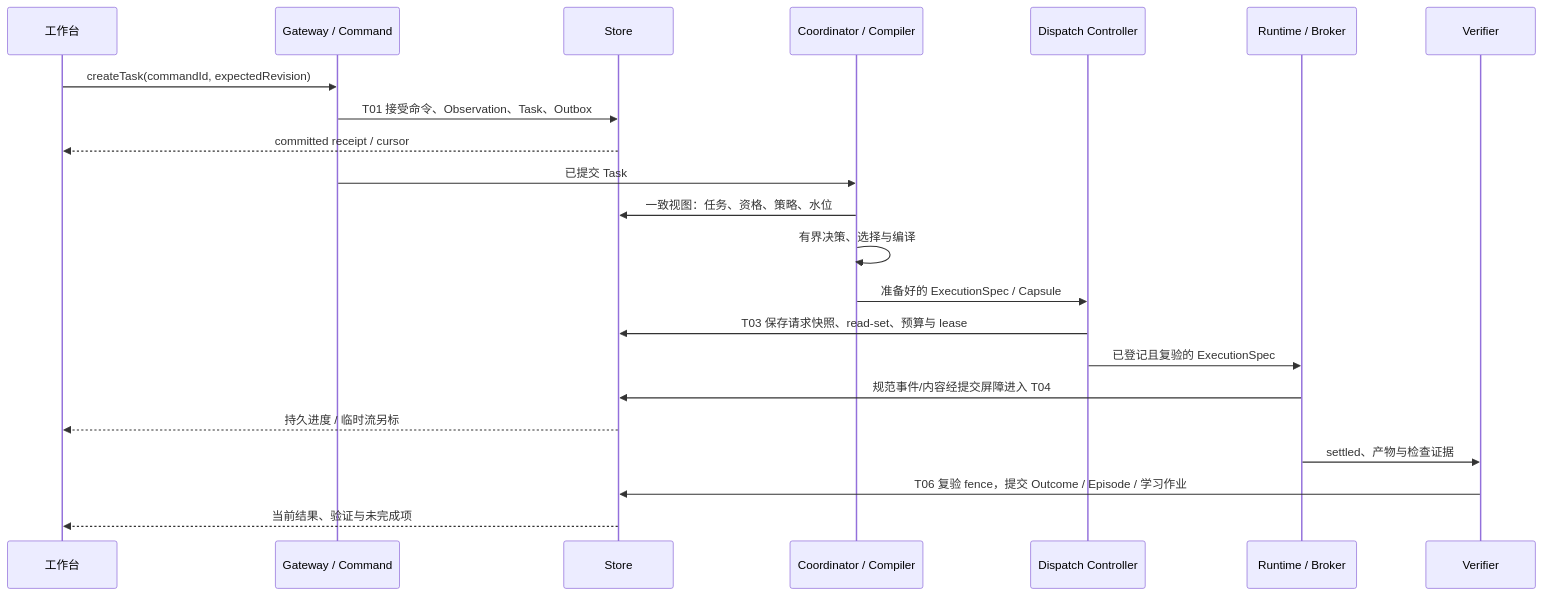
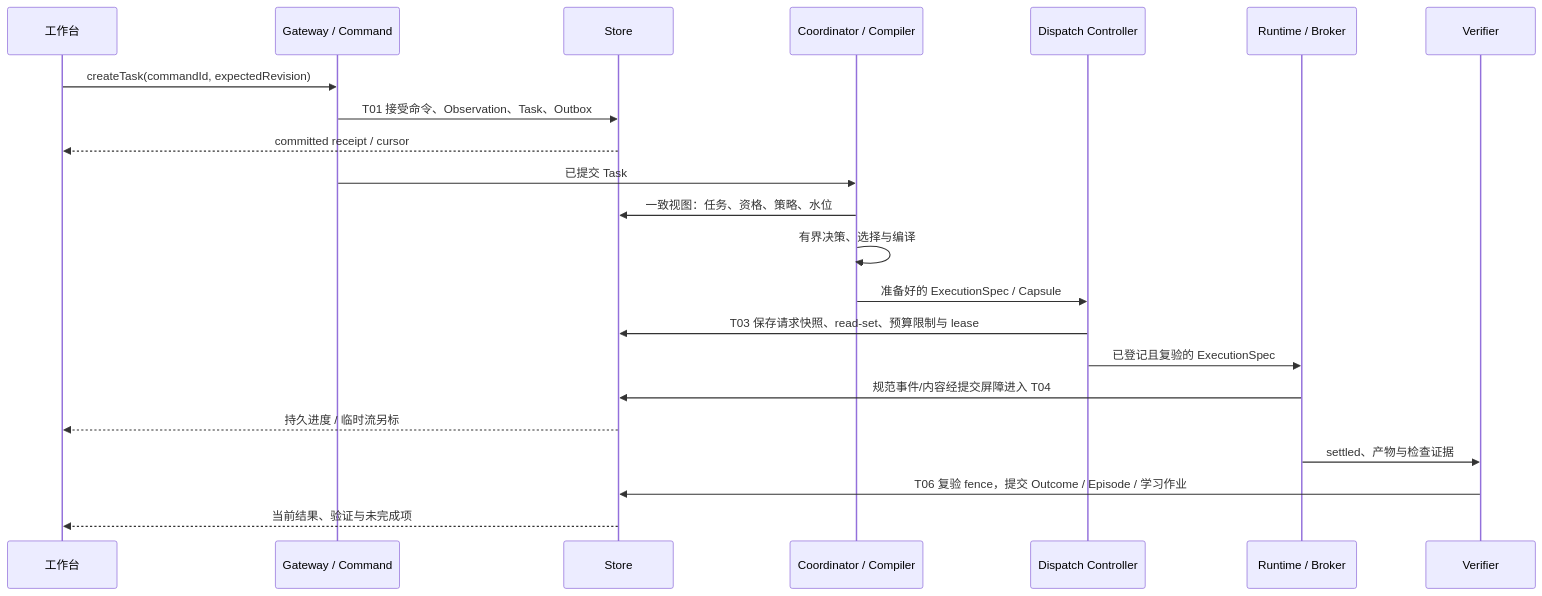
One commit to ntygod/zhiwei-next changed the third of 3 diagrams in docs/architecture/detailed-design.md. Above: the diagram before and after it, drawn with Mermaid. The commit also changed 11 other files, not shown here.

Commit message:
docs(architecture): unify execution ownership and budget accounting

````diff
--- a/docs/architecture/detailed-design.md
+++ b/docs/architecture/detailed-design.md
@@ -182,24 +182,24 @@
 ```mermaid
 sequenceDiagram
   participant U as 工作台
   participant G as Gateway / Command
   participant S as Store
   participant C as Coordinator / Compiler
   participant B as Dispatch Controller
   participant R as Runtime / Broker
   participant V as Verifier
   U->>G: createTask(commandId, expectedRevision)
   G->>S: T01 接受命令、Observation、Task、Outbox
   S-->>U: committed receipt / cursor
   G->>C: 已提交 Task
   C->>S: 一致视图：任务、资格、策略、水位
   C->>C: 有界决策、选择与编译
   C->>B: 准备好的 ExecutionSpec / Capsule
-  B->>S: T03 保存请求快照、read-set、预算与 lease
+  B->>S: T03 保存请求快照、read-set、预算限制与 lease
   B->>R: 已登记且复验的 ExecutionSpec
   R->>S: 规范事件/内容经提交屏障进入 T04
   S-->>U: 持久进度 / 临时流另标
   R->>V: settled、产物与检查证据
   V->>S: T06 复验 fence，提交 Outcome / Episode / 学习作业
   S-->>U: 当前结果、验证与未完成项
 ```
````
